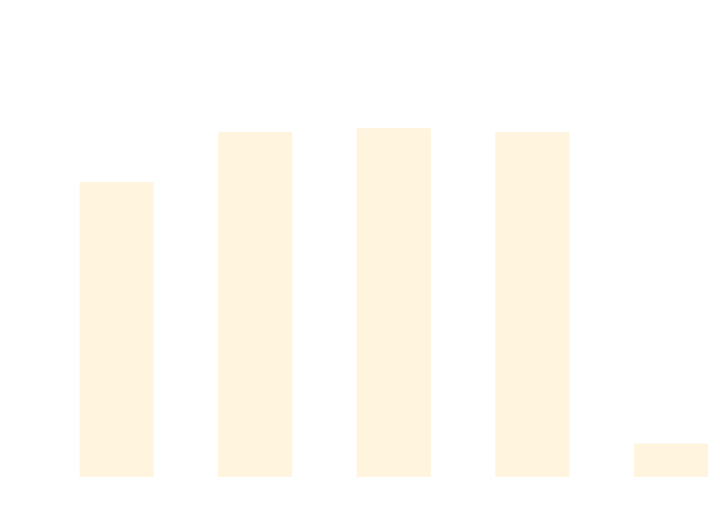
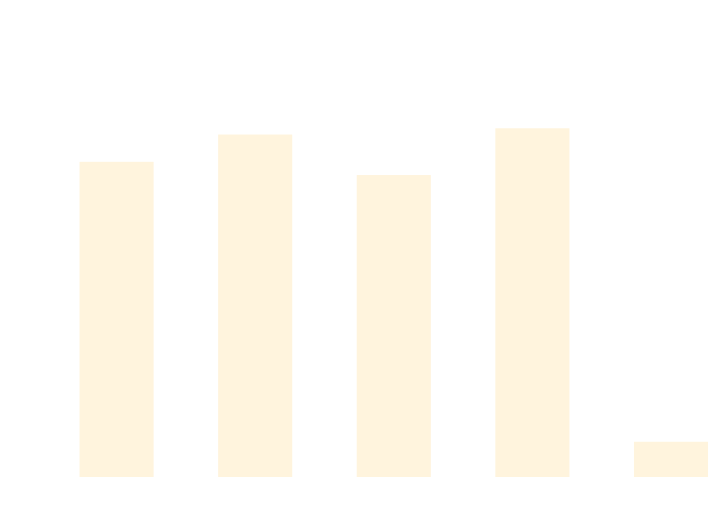
Before and after one commit to thomhurst/TUnit: the diagram in docs/docs/benchmarks/ScaleTests.md, drawn with Mermaid. The commit also changed other lines of this file and 17 other files, not shown here.

````diff
--- a/docs/docs/benchmarks/ScaleTests.md
+++ b/docs/docs/benchmarks/ScaleTests.md
@@ -27,37 +27,37 @@
 ```mermaid
 %%{init: {
   'theme':'base',
   'themeVariables': {
     'primaryColor': '#2563eb',
     'primaryTextColor': '#ffffff',
     'primaryBorderColor': '#1e40af',
     'lineColor': '#6b7280',
     'secondaryColor': '#7c3aed',
     'tertiaryColor': '#dc2626',
     'background': '#ffffff',
     'mainBkg': '#2563eb',
     'secondBkg': '#7c3aed',
     'tertiaryBkg': '#dc2626',
     'clusterBkg': '#f3f4f6',
     'edgeLabelBackground': '#ffffff',
     'tertiaryTextColor': '#1f2937',
     'pie1': '#2563eb',
     'pie2': '#7c3aed',
     'pie3': '#dc2626',
     'pie4': '#f59e0b',
     'pie5': '#10b981',
     'pie6': '#06b6d4',
     'pie7': '#ec4899',
     'pie8': '#6366f1',
     'pie9': '#84cc16',
     'pie10': '#f97316',
     'pie11': '#14b8a6',
     'pie12': '#a855f7'
   }
 }}%%
 xychart-beta
   title "ScaleTests Performance Comparison"
   x-axis ["TUnit", "NUnit", "MSTest", "xUnit3", "TUnit_AOT"]
-  y-axis "Time (ms)" 0 --> 745
-  bar [522.86, 614.14, 620.73, 613.65, 46.3]
+  y-axis "Time (ms)" 0 --> 692
+  bar [519.71, 565.9, 497.34, 576.49, 46.08]
 ```
````
